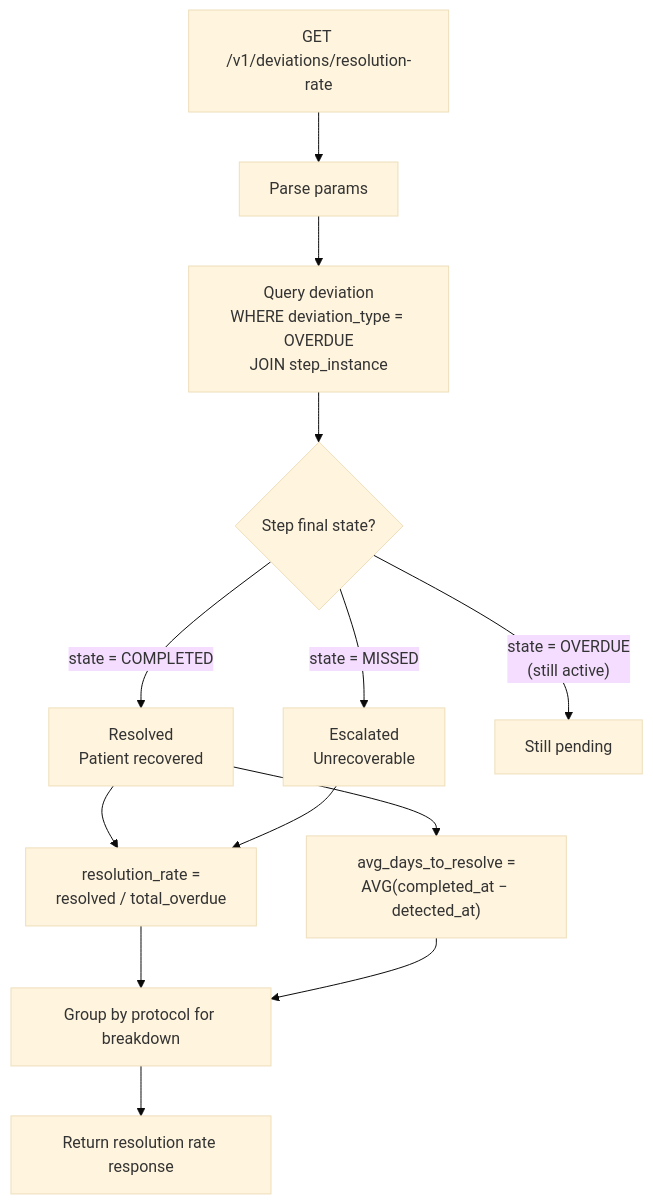
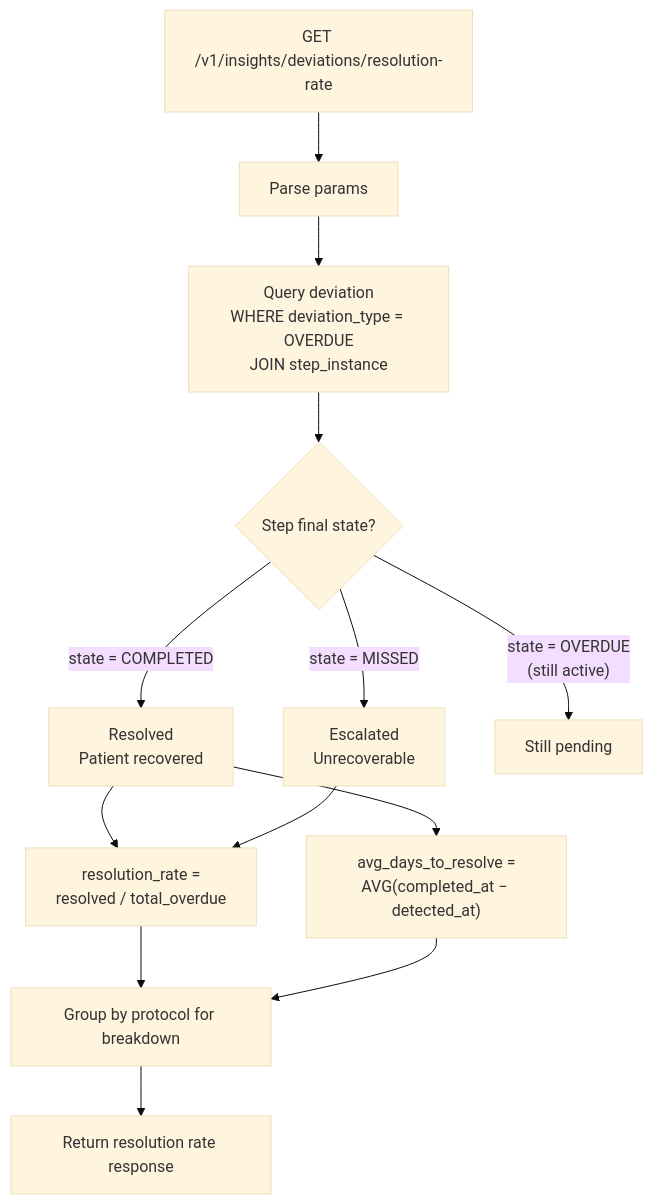
Before and after one commit to AjishaVayoli-Tarento/cce-insights-service: diagram 17 of 27 in docs/flow-diagrams.md, drawn with Mermaid (base theme). The commit also changed other lines of this file and 27 other files, not shown here.

````diff
--- a/docs/flow-diagrams.md
+++ b/docs/flow-diagrams.md
@@ -349,18 +349,18 @@
 ```mermaid
 flowchart TD
-    A[GET /v1/deviations/resolution-rate] --> B[Parse params]
+    A[GET /v1/insights/deviations/resolution-rate] --> B[Parse params]
     B --> C[Query deviation<br/>WHERE deviation_type = OVERDUE<br/>JOIN step_instance]
     C --> D{Step final state?}
 
     D -- "state = COMPLETED" --> E[Resolved<br/>Patient recovered]
     D -- "state = MISSED" --> F[Escalated<br/>Unrecoverable]
     D -- "state = OVERDUE<br/>(still active)" --> G[Still pending]
 
     E --> H["resolution_rate =<br/>resolved / total_overdue"]
     F --> H
     E --> I["avg_days_to_resolve =<br/>AVG(completed_at − detected_at)"]
 
     H --> J[Group by protocol for breakdown]
     I --> J
     J --> K[Return resolution rate response]
 ```
````
